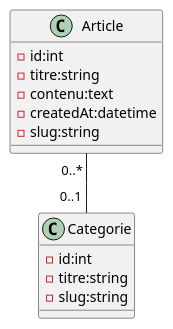
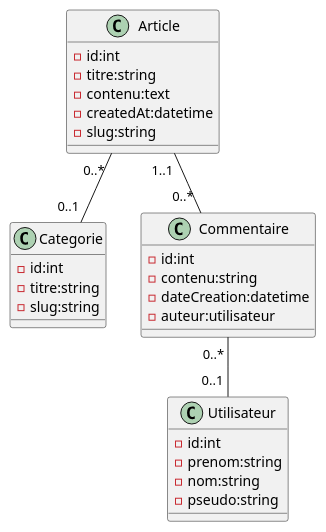
The diagram in documentations/diagramme de classe.puml (RomainFerr/projet-blog-symfony), drawn with PlantUML before and after one commit. The commit also changed 6 other files, not shown here.

```diff
--- a/documentations/diagramme de classe.puml
+++ b/documentations/diagramme de classe.puml
@@ -1,17 +1,31 @@
 @startuml
 class Article{
 -id:int
 -titre:string
 -contenu:text
 -createdAt:datetime
 -slug:string
 }
 class Categorie{
 -id:int
 -titre:string
 -slug:string
 }
+class Commentaire{
+-id:int
+-contenu:string
+-dateCreation:datetime
+-auteur:utilisateur
+}
+class Utilisateur{
+-id:int
+-prenom:string
+-nom:string
+-pseudo:string
+}
 
+Commentaire"0..* "--"0..1 "Utilisateur
+Article"1..1 "--"0..* "Commentaire
 Article"0..* "--"0..1 "Categorie
 
 @enduml
```
